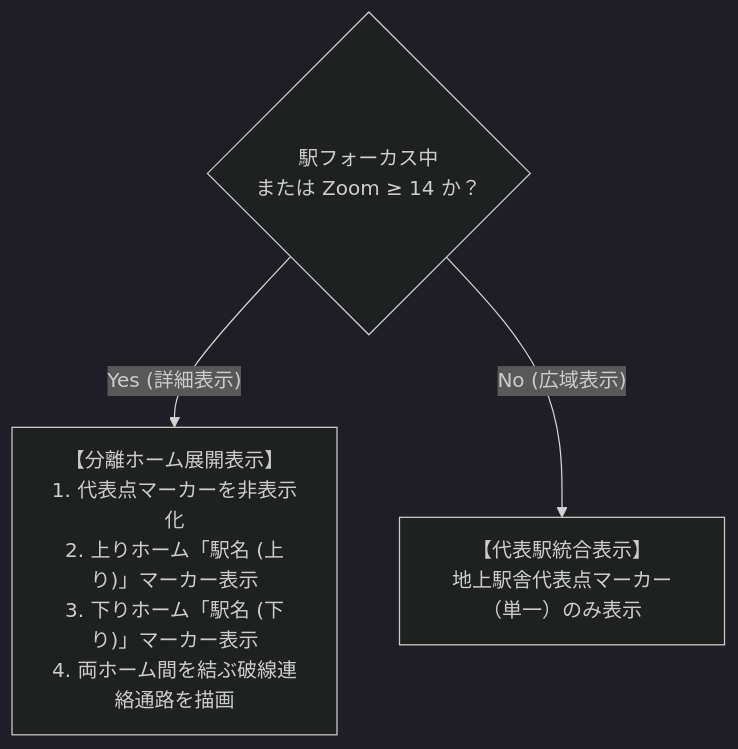
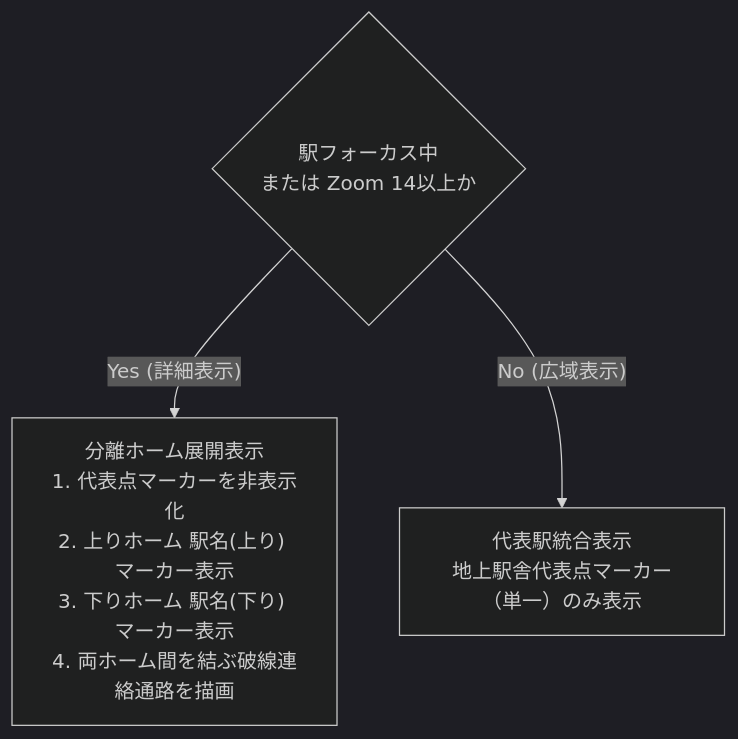
One commit to GenbuHase/Trainfo changed the third of 4 diagrams in docs/ASYMMETRIC_TRACK_ROUTING_GUIDELINES.md. Above: the diagram before and after it, drawn with Mermaid (dark theme). The commit also changed other lines of this file and 9 other files, not shown here.

````diff
--- a/docs/ASYMMETRIC_TRACK_ROUTING_GUIDELINES.md
+++ b/docs/ASYMMETRIC_TRACK_ROUTING_GUIDELINES.md
@@ -223,6 +220,6 @@
 ```mermaid
 flowchart TD
-    Check{"駅フォーカス中<br/>または Zoom ≥ 14 か？"}
-    Check -- "Yes (詳細表示)" --> Split["【分離ホーム展開表示】<br/>1. 代表点マーカーを非表示化<br/>2. 上りホーム「駅名 (上り)」マーカー表示<br/>3. 下りホーム「駅名 (下り)」マーカー表示<br/>4. 両ホーム間を結ぶ破線連絡通路を描画"]
-    Check -- "No (広域表示)" --> Combined["【代表駅統合表示】<br/>地上駅舎代表点マーカー（単一）のみ表示"]
+    Check{"駅フォーカス中<br/>または Zoom 14以上か"}
+    Check -- "Yes (詳細表示)" --> Split["分離ホーム展開表示<br/>1. 代表点マーカーを非表示化<br/>2. 上りホーム 駅名(上り) マーカー表示<br/>3. 下りホーム 駅名(下り) マーカー表示<br/>4. 両ホーム間を結ぶ破線連絡通路を描画"]
+    Check -- "No (広域表示)" --> Combined["代表駅統合表示<br/>地上駅舎代表点マーカー（単一）のみ表示"]
 ```
````
